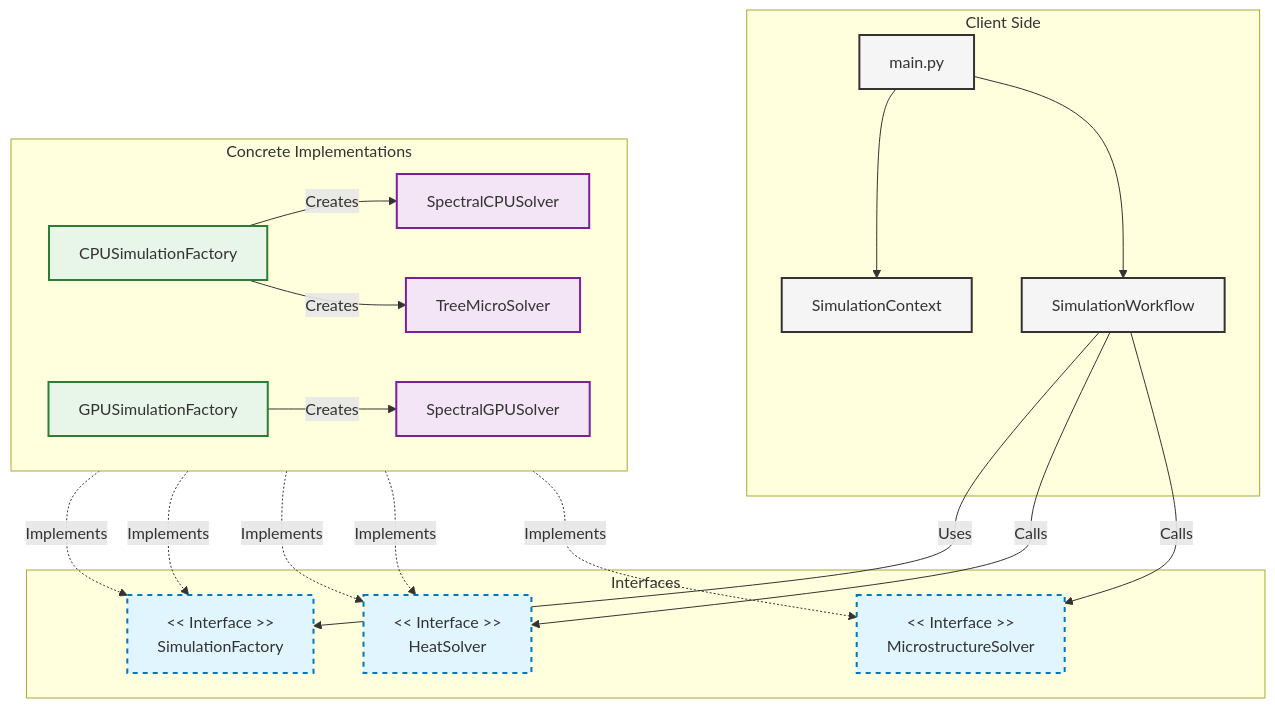
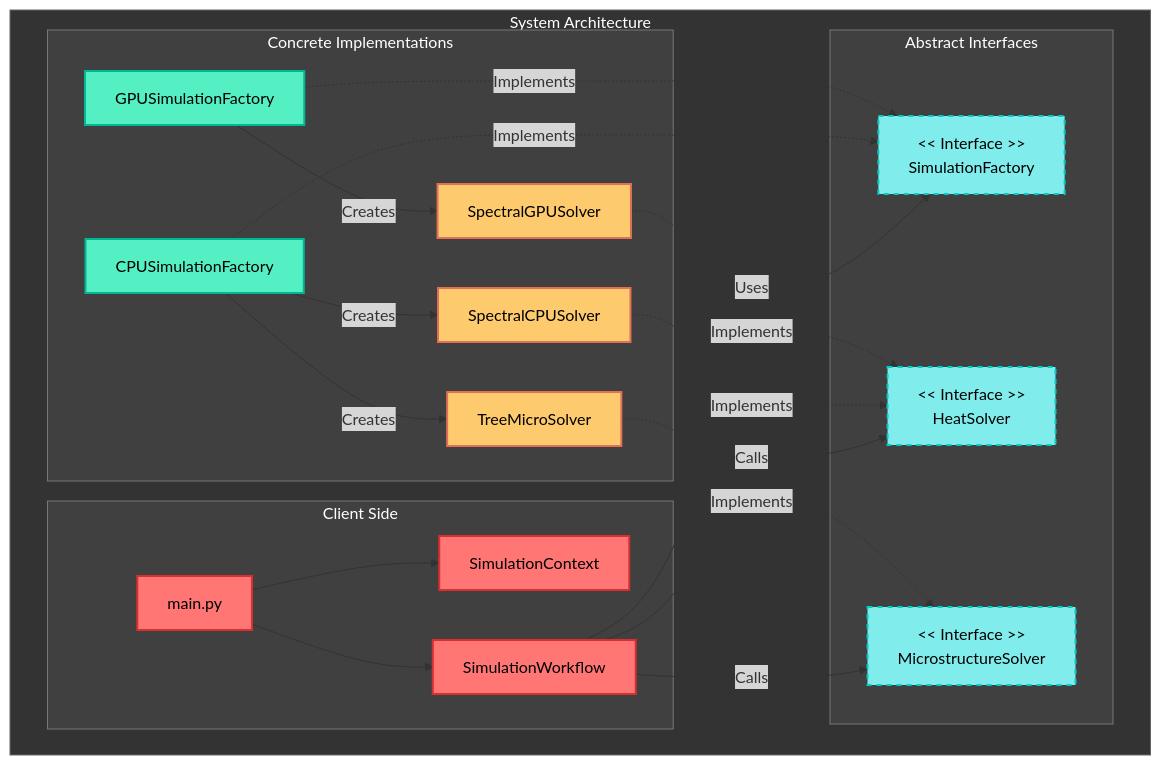
Before and after one commit to manasvupadhyay/spectral_galerkin_heat: the diagram in docs/ARCHITECTURE.md, drawn with Mermaid. The commit also changed 1 other file, not shown here.

````diff
--- a/docs/ARCHITECTURE.md
+++ b/docs/ARCHITECTURE.md
@@ -45,59 +45,66 @@
 ```mermaid
 flowchart TD
-    %% Styles
-    classDef client fill:#f5f5f5,stroke:#333,stroke-width:2px;
-    classDef interface fill:#e1f5fe,stroke:#0277bd,stroke-width:2px,stroke-dasharray: 5 5;
-    classDef factory fill:#e8f5e9,stroke:#2e7d32,stroke-width:2px;
-    classDef product fill:#f3e5f5,stroke:#7b1fa2,stroke-width:2px;
+    %% --- Theme & Styling ---
+    classDef container fill:#2d2d2d,stroke:#555,color:#fff;
+    classDef client fill:#ff7675,stroke:#d63031,stroke-width:2px,color:#000;
+    classDef interface fill:#81ecec,stroke:#00cec9,stroke-width:2px,stroke-dasharray: 5 5,color:#000;
+    classDef factory fill:#55efc4,stroke:#00b894,stroke-width:2px,color:#000;
+    classDef product fill:#fdcb6e,stroke:#e17055,stroke-width:2px,color:#000;
 
-    %% Client Layer
-    subgraph ClientLayer [Client Side]
-        Main[main.py]:::client
-        Workflow[SimulationWorkflow]:::client
-        Context[SimulationContext]:::client
+    %% --- Main Architecture Container ---
+    subgraph Architecture [System Architecture]
+        style Architecture fill:#333333,stroke:#666,color:#fff
         
-        Main --> Context
-        Main --> Workflow
+        %% Client Layer
+        subgraph ClientLayer [Client Side]
+            style ClientLayer fill:#404040,stroke:#777,color:#fff
+            Main[main.py]:::client
+            Workflow[SimulationWorkflow]:::client
+            Context[SimulationContext]:::client
+            
+            Main --> Context
+            Main --> Workflow
+        end
+
+        %% Interface Layer
+        subgraph InterfaceLayer [Abstract Interfaces]
+            style InterfaceLayer fill:#404040,stroke:#777,color:#fff
+            ISimFactory["<< Interface >>\nSimulationFactory"]:::interface
+            IHeat["<< Interface >>\nHeatSolver"]:::interface
+            IMicro["<< Interface >>\nMicrostructureSolver"]:::interface
+        end
+
+        %% Implementation Layer
+        subgraph ImplementationLayer [Concrete Implementations]
+            style ImplementationLayer fill:#404040,stroke:#777,color:#fff
+            
+            %% Factories
+            CPUFact[CPUSimulationFactory]:::factory
+            GPUFact[GPUSimulationFactory]:::factory
+            
+            %% Products
+            CPUSolv[SpectralCPUSolver]:::product
+            GPUSolv[SpectralGPUSolver]:::product
+            TreeSolv[TreeMicroSolver]:::product
+        end
+
+        %% Relationships
+        Workflow -->|Uses| ISimFactory
+        Workflow -->|Calls| IHeat
+        Workflow -->|Calls| IMicro
+
+        %% Factory Implementations
+        CPUFact -.->|Implements| ISimFactory
+        GPUFact -.->|Implements| ISimFactory
+
+        %% Factory Creation Links
+        CPUFact -->|Creates| CPUSolv
+        CPUFact -->|Creates| TreeSolv
+        GPUFact -->|Creates| GPUSolv
+
+        %% Product Implementations
+        CPUSolv -.->|Implements| IHeat
+        GPUSolv -.->|Implements| IHeat
+        TreeSolv -.->|Implements| IMicro
     end
-
-    %% Interface Layer
-    subgraph InterfaceLayer [Interfaces]
-        ISimFactory["<< Interface >>\nSimulationFactory"]:::interface
-        IHeat["<< Interface >>\nHeatSolver"]:::interface
-        IMicro["<< Interface >>\nMicrostructureSolver"]:::interface
-    end
-
-    %% Implementation Layer
-    subgraph ImplementationLayer [Concrete Implementations]
-        direction LR
-        
-        %% Factories
-        CPUFact[CPUSimulationFactory]:::factory
-        GPUFact[GPUSimulationFactory]:::factory
-        
-        %% Products
-        CPUSolv[SpectralCPUSolver]:::product
-        GPUSolv[SpectralGPUSolver]:::product
-        TreeSolv[TreeMicroSolver]:::product
-    end
-
-    %% Relationships
-    %% Client uses Interfaces
-    Workflow -->|Uses| ISimFactory
-    Workflow -->|Calls| IHeat
-    Workflow -->|Calls| IMicro
-
-    %% Factories Implement Interface
-    CPUFact -.->|Implements| ISimFactory
-    GPUFact -.->|Implements| ISimFactory
-
-    %% Factories Create Products
-    CPUFact -->|Creates| CPUSolv
-    CPUFact -->|Creates| TreeSolv
-    GPUFact -->|Creates| GPUSolv
-
-    %% Products Implement Interfaces
-    CPUSolv -.->|Implements| IHeat
-    GPUSolv -.->|Implements| IHeat
-    TreeSolv -.->|Implements| IMicro
 ```
````
